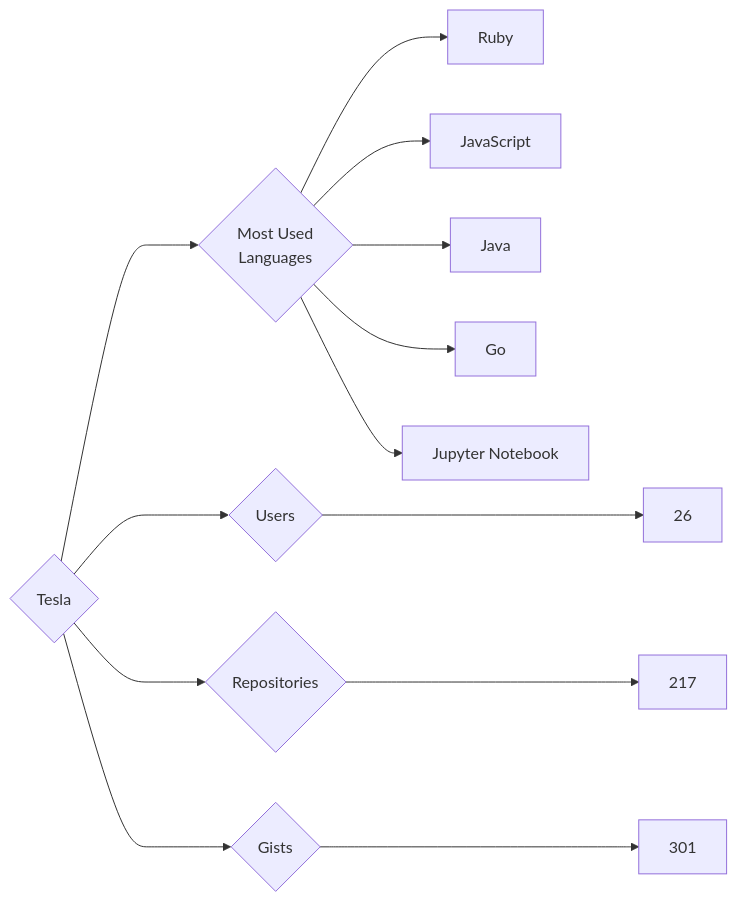
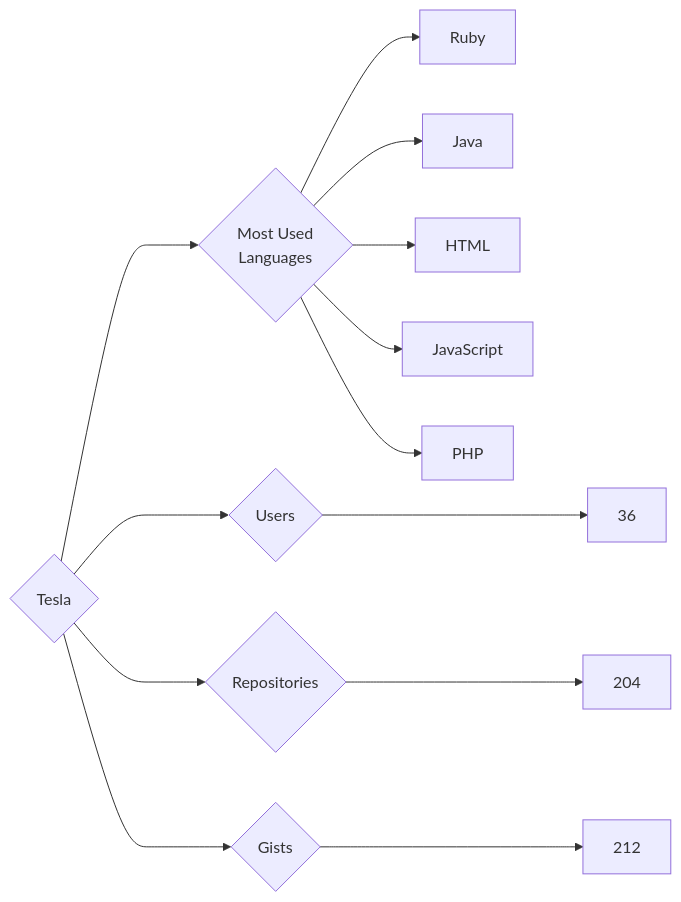
One commit to trickest/insiders changed the diagram in targets/Tesla/README.md. Above: the diagram before and after it, drawn with Mermaid. The commit also changed 995 other files, not shown here.

````diff
--- a/targets/Tesla/README.md
+++ b/targets/Tesla/README.md
@@ -3,13 +3,13 @@
 ```mermaid
 graph LR
 COMPANY_NAME{Tesla}
-COMPANY_NAME ---> U{Users} ---> UN[26]
-COMPANY_NAME ---> R{Repositories} ---> RN[217]
-COMPANY_NAME ---> G{Gists} ---> GN[301]
+COMPANY_NAME ---> U{Users} ---> UN[36]
+COMPANY_NAME ---> R{Repositories} ---> RN[204]
+COMPANY_NAME ---> G{Gists} ---> GN[212]
 COMPANY_NAME ---> ML{Most Used<br>Languages}
 ML --> Ruby[Ruby]
+ML --> Java[Java]
+ML --> HTML[HTML]
 ML --> JavaScript[JavaScript]
-ML --> Java[Java]
-ML --> Go[Go]
-ML --> Jupyter_Notebook[Jupyter Notebook]
+ML --> PHP[PHP]
 ```
````
